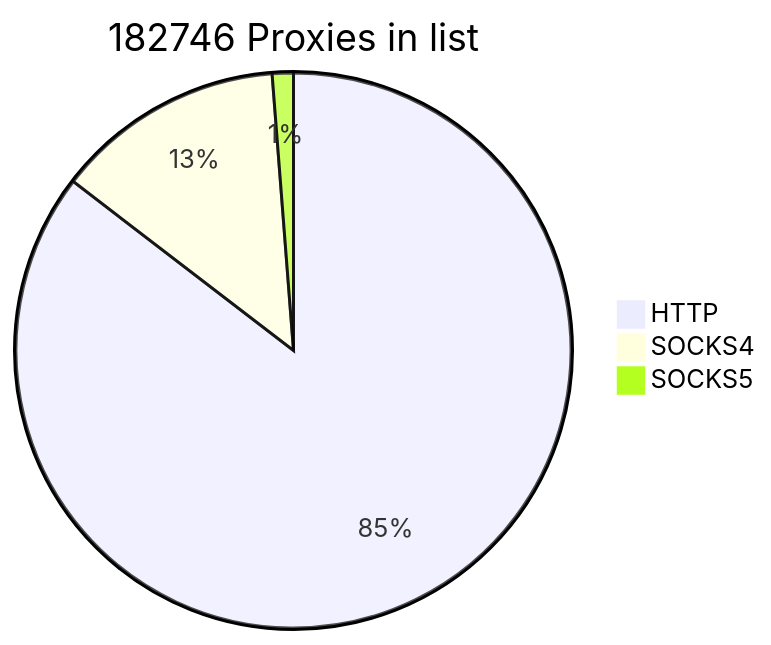
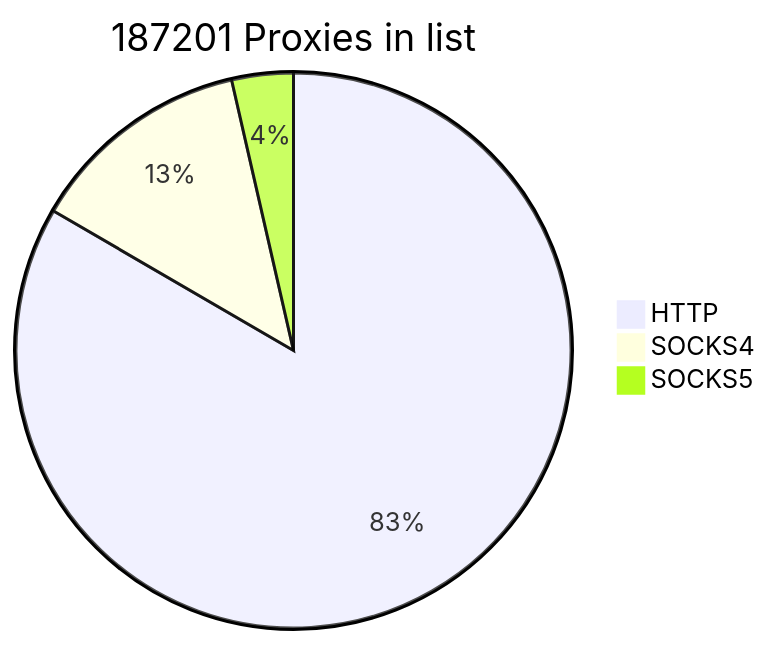
Before and after one commit to cutipu/proxylist: the first of 2 diagrams in README.md, drawn with Mermaid. The commit also changed other lines of this file, not shown here.

````diff
--- a/README.md
+++ b/README.md
@@ -2,7 +2,7 @@
 ```mermaid
-pie title 182746 Proxies in list
+pie title 187201 Proxies in list
     "HTTP" : 156097
     "SOCKS4" : 24402
-    "SOCKS5" : 2247
+    "SOCKS5" : 6702
             
 ```
````
